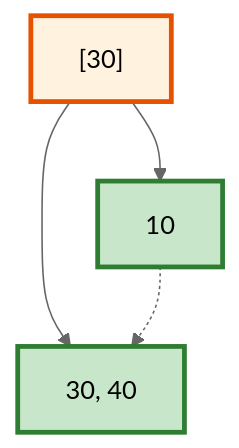
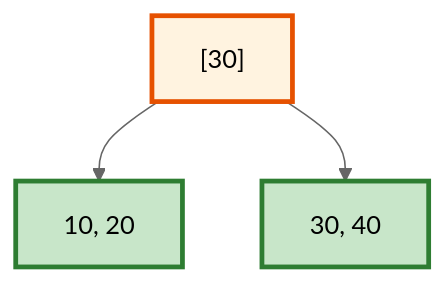
One commit to ufdatastudio/cop5725fa26 changed diagram 11 of 14 in lecture-outlines/day26-bplus-trees-ii/slides.md. Above: the diagram before and after it, drawn with Mermaid (neutral theme). The commit also changed other lines of this file and 50 other files, not shown here.

````diff
--- a/lecture-outlines/day26-bplus-trees-ii/slides.md
+++ b/lecture-outlines/day26-bplus-trees-ii/slides.md
@@ -313,14 +299,13 @@
 ```mermaid
 graph TB
   R["[30]"]
-  L1["10"]
+  L1["10, 20"]
   L2["30, 40"]
   R --> L1
   R --> L2
-  L1 -.-> L2
   classDef root fill:#fff3e0,stroke:#e65100,stroke-width:3px
   classDef ok fill:#c8e6c9,stroke:#2e7d32,stroke-width:3px
   classDef leaf fill:#e8f5e9,stroke:#388e3c,stroke-width:2px
   class R root
   class L1,L2 ok
 ```
````
